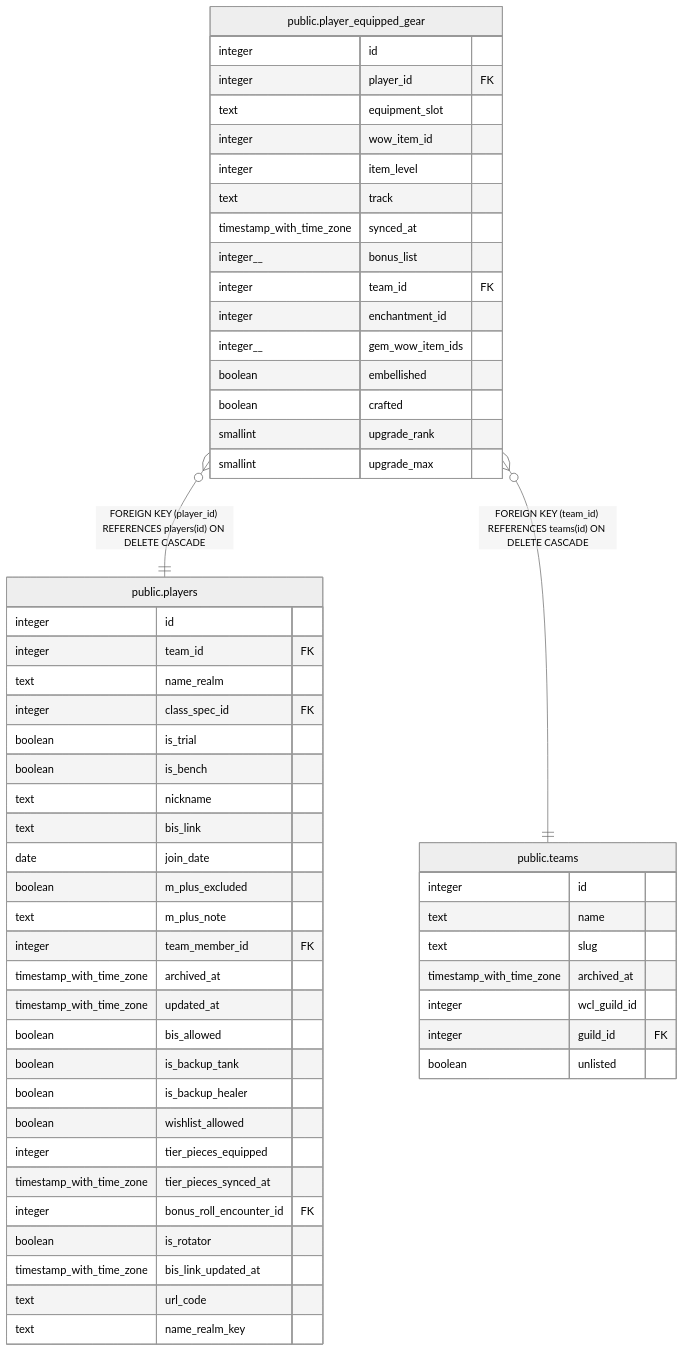
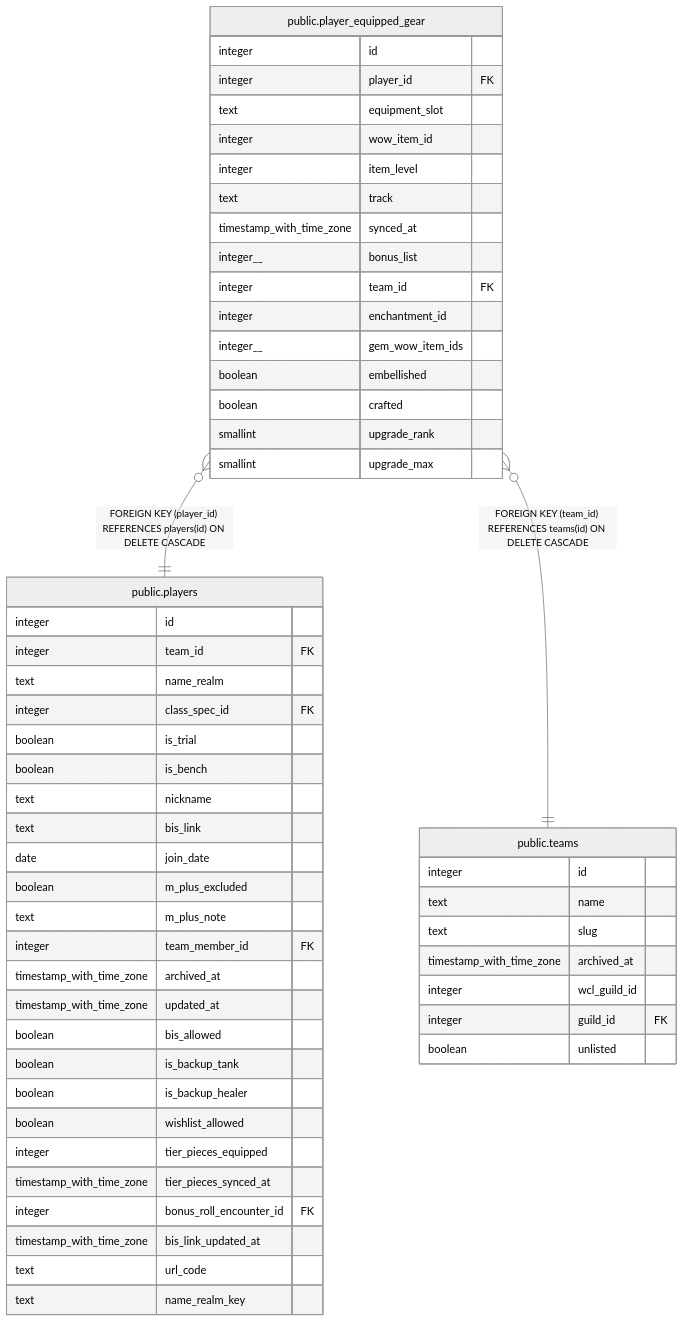
One commit to katogaming88/WGA-Raid-Hub changed the diagram in dbdoc/public.player_equipped_gear.md. Above: the diagram before and after it, drawn with Mermaid (neutral theme). The commit also changed 95 other files, not shown here.

````diff
--- a/dbdoc/public.player_equipped_gear.md
+++ b/dbdoc/public.player_equipped_gear.md
@@ -55,60 +55,59 @@
 ```mermaid
 erDiagram
 
 "public.player_equipped_gear" }o--|| "public.players" : "FOREIGN KEY (player_id) REFERENCES players(id) ON DELETE CASCADE"
 "public.player_equipped_gear" }o--|| "public.teams" : "FOREIGN KEY (team_id) REFERENCES teams(id) ON DELETE CASCADE"
 
 "public.player_equipped_gear" {
   integer id
   integer player_id FK
   text equipment_slot
   integer wow_item_id
   integer item_level
   text track
   timestamp_with_time_zone synced_at
   integer__ bonus_list
   integer team_id FK
   integer enchantment_id
   integer__ gem_wow_item_ids
   boolean embellished
   boolean crafted
   smallint upgrade_rank
   smallint upgrade_max
 }
 "public.players" {
   integer id
   integer team_id FK
   text name_realm
   integer class_spec_id FK
   boolean is_trial
   boolean is_bench
   text nickname
   text bis_link
   date join_date
   boolean m_plus_excluded
   text m_plus_note
   integer team_member_id FK
   timestamp_with_time_zone archived_at
   timestamp_with_time_zone updated_at
   boolean bis_allowed
   boolean is_backup_tank
   boolean is_backup_healer
   boolean wishlist_allowed
   integer tier_pieces_equipped
   timestamp_with_time_zone tier_pieces_synced_at
   integer bonus_roll_encounter_id FK
-  boolean is_rotator
   timestamp_with_time_zone bis_link_updated_at
   text url_code
   text name_realm_key
 }
 "public.teams" {
   integer id
   text name
   text slug
   timestamp_with_time_zone archived_at
   integer wcl_guild_id
   integer guild_id FK
   boolean unlisted
 }
 ```
````
